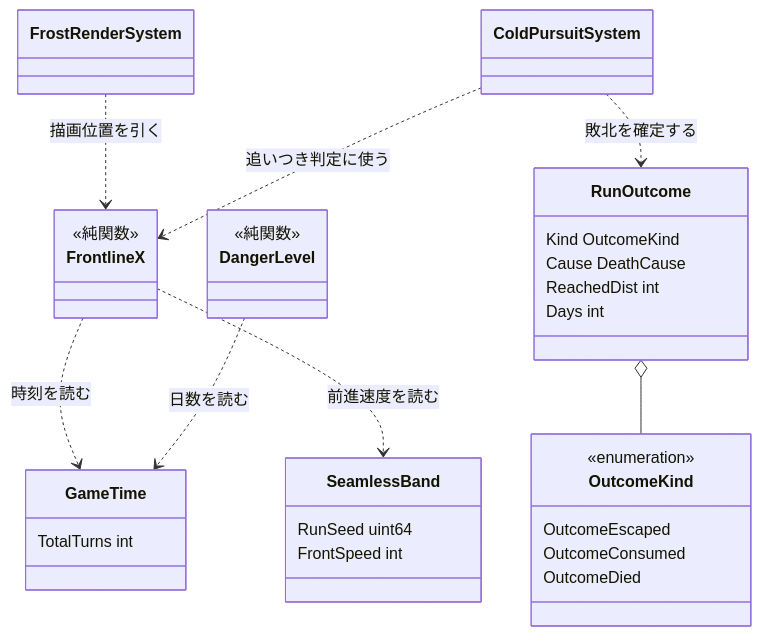
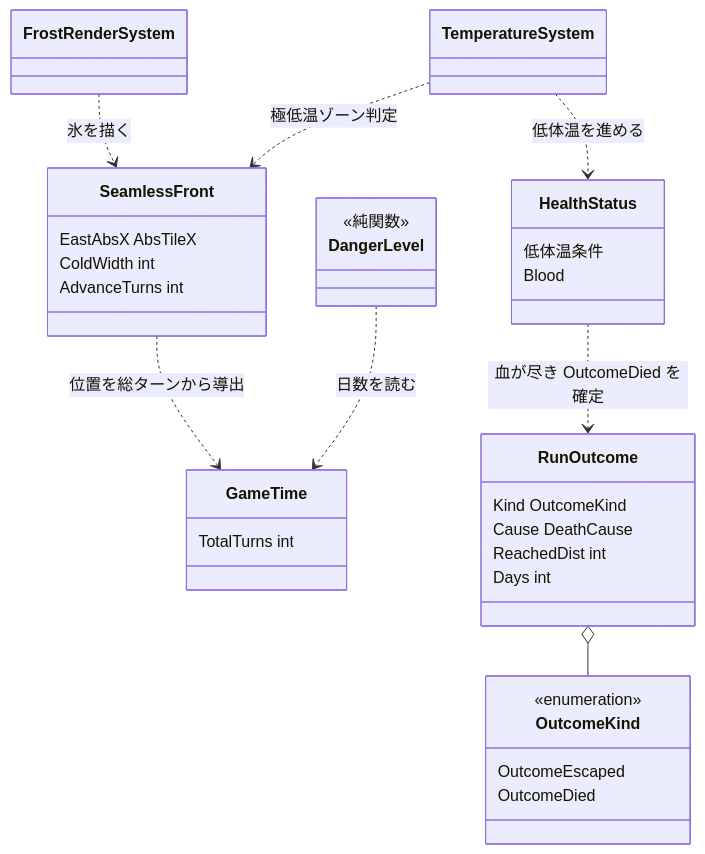
Before and after one commit to kijimad/ruins: the first of 2 diagrams in docs/design/260821223229.md, drawn with Mermaid. The commit also changed other lines of this file and 5 other files, not shown here.

````diff
--- a/docs/design/260821223229.md
+++ b/docs/design/260821223229.md
@@ -79,37 +86,38 @@
 ```mermaid
 classDiagram
     class GameTime {
         TotalTurns int
     }
-    class SeamlessBand {
-        RunSeed uint64
-        FrontSpeed int
+    class SeamlessFront {
+        EastAbsX AbsTileX
+        ColdWidth int
+        AdvanceTurns int
     }
-    class FrontlineX {
-        <<純関数>>
+    class TemperatureSystem
+    class FrostRenderSystem
+    class HealthStatus {
+        低体温条件
+        Blood
     }
     class DangerLevel {
         <<純関数>>
     }
-    class ColdPursuitSystem
-    class FrostRenderSystem
     class OutcomeKind {
         <<enumeration>>
         OutcomeEscaped
-        OutcomeConsumed
         OutcomeDied
     }
     class RunOutcome {
         Kind OutcomeKind
         Cause DeathCause
         ReachedDist int
         Days int
     }
-    FrontlineX ..> GameTime : 時刻を読む
-    FrontlineX ..> SeamlessBand : 前進速度を読む
-    FrostRenderSystem ..> FrontlineX : 描画位置を引く
-    ColdPursuitSystem ..> FrontlineX : 追いつき判定に使う
-    ColdPursuitSystem ..> RunOutcome : 敗北を確定する
+    SeamlessFront ..> GameTime : 位置を総ターンから導出
+    FrostRenderSystem ..> SeamlessFront : 氷を描く
+    TemperatureSystem ..> SeamlessFront : 極低温ゾーン判定
+    TemperatureSystem ..> HealthStatus : 低体温を進める
+    HealthStatus ..> RunOutcome : 血が尽き OutcomeDied を確定
     DangerLevel ..> GameTime : 日数を読む
     RunOutcome o-- OutcomeKind
 ```
````
